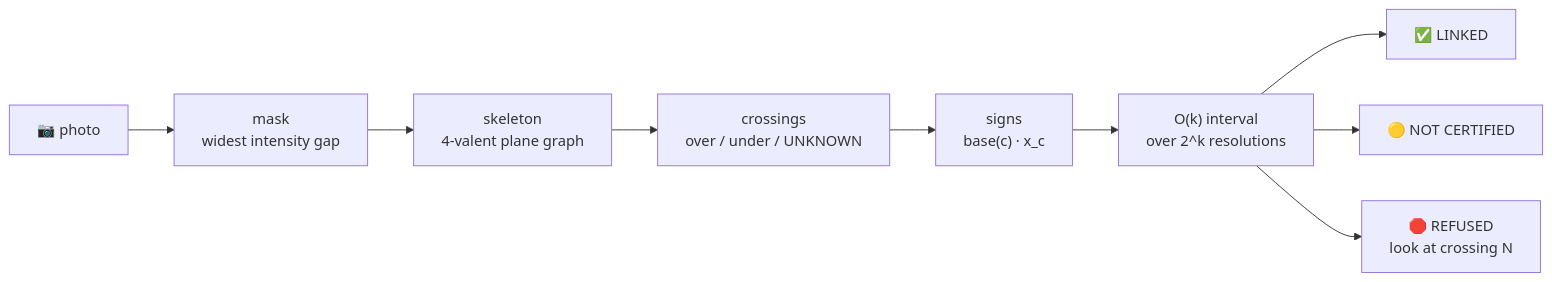
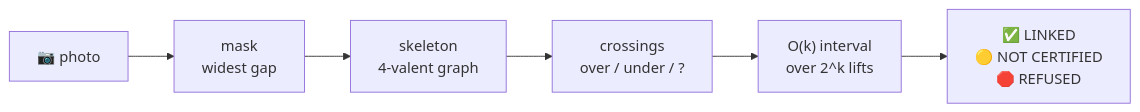
The diagram in README.md (teerthsharma/tangle), drawn with Mermaid before and after one commit. The commit also changed other lines of this file, not shown here.

````diff
--- a/README.md
+++ b/README.md
@@ -81,11 +86,8 @@
 ```mermaid
 flowchart LR
-  A["📷 photo"] --> B["mask<br/>widest intensity gap"]
-  B --> C["skeleton<br/>4-valent plane graph"]
-  C --> D["crossings<br/>over / under / UNKNOWN"]
-  D --> E["signs<br/>base(c) · x_c"]
-  E --> F["O(k) interval<br/>over 2^k resolutions"]
-  F --> G["✅ LINKED"]
-  F --> H["🟡 NOT CERTIFIED"]
-  F --> I["🛑 REFUSED<br/>look at crossing N"]
+  A["📷 photo"] --> B["mask<br/>widest gap"]
+  B --> C["skeleton<br/>4-valent graph"]
+  C --> D["crossings<br/>over / under / ?"]
+  D --> E["O(k) interval<br/>over 2^k lifts"]
+  E --> F["✅ LINKED<br/>🟡 NOT CERTIFIED<br/>🛑 REFUSED"]
 ```
````
